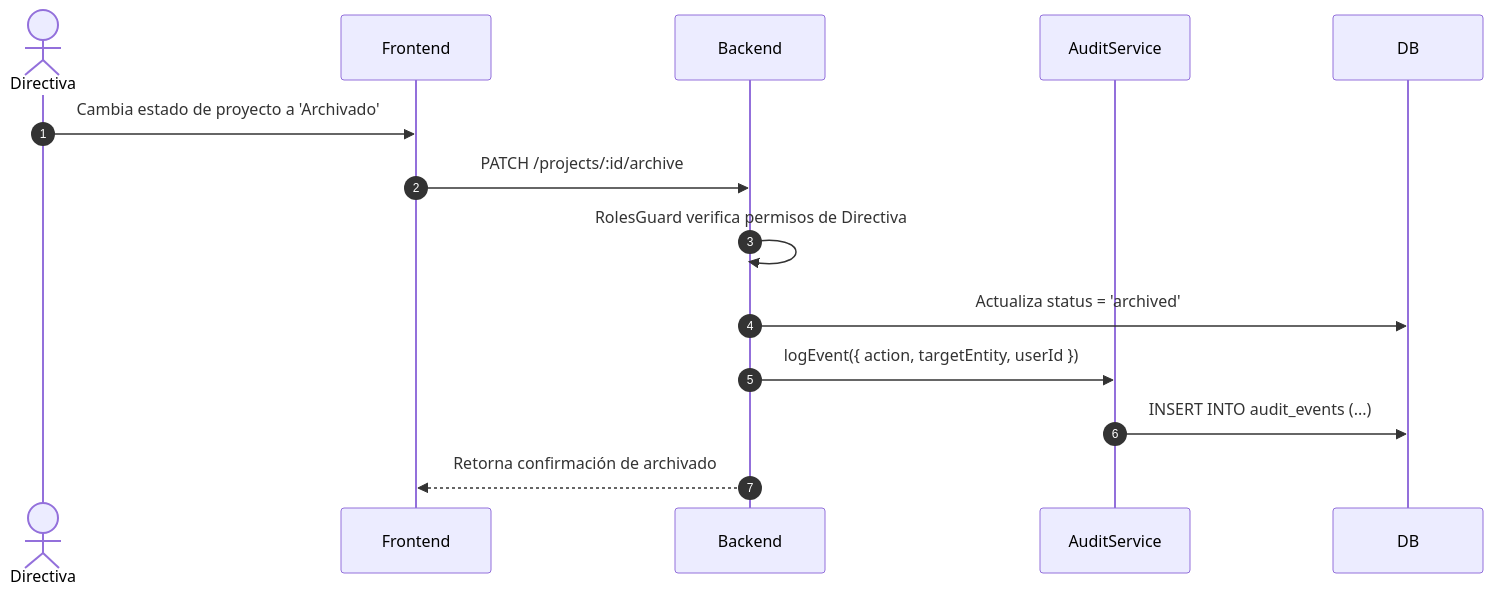
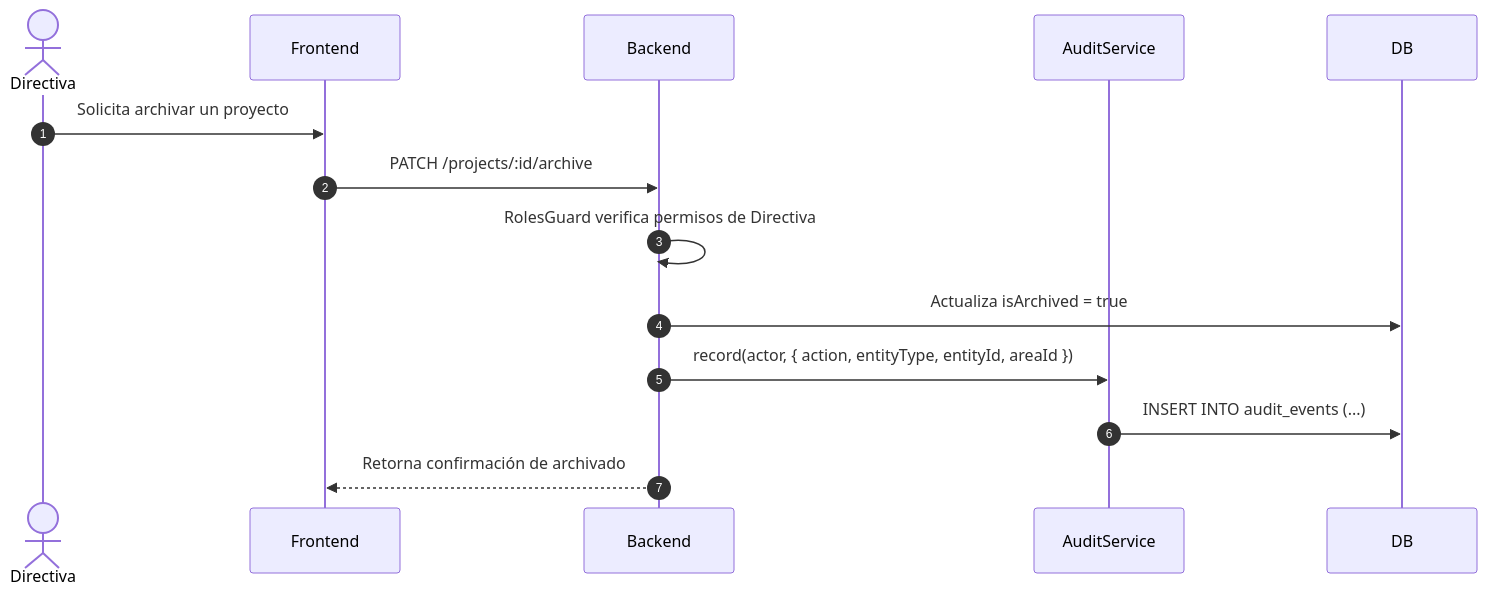
The third of 3 diagrams in docs/arquitectura.md (ccUnicode/UNICORE), drawn with Mermaid before and after one commit. The commit also changed other lines of this file and 10 other files, not shown here.

````diff
--- a/docs/arquitectura.md
+++ b/docs/arquitectura.md
@@ -90,17 +90,17 @@
 ```mermaid
 sequenceDiagram
     autonumber
     actor Directiva
     participant Frontend
     participant Backend
     participant AuditService
     participant DB
 
-    Directiva->>Frontend: Cambia estado de proyecto a 'Archivado'
+    Directiva->>Frontend: Solicita archivar un proyecto
     Frontend->>Backend: PATCH /projects/:id/archive
     Backend->>Backend: RolesGuard verifica permisos de Directiva
-    Backend->>DB: Actualiza status = 'archived'
-    Backend->>AuditService: logEvent({ action, targetEntity, userId })
+    Backend->>DB: Actualiza isArchived = true
+    Backend->>AuditService: record(actor, { action, entityType, entityId, areaId })
     AuditService->>DB: INSERT INTO audit_events (...)
     Backend-->>Frontend: Retorna confirmación de archivado
 ```
````
